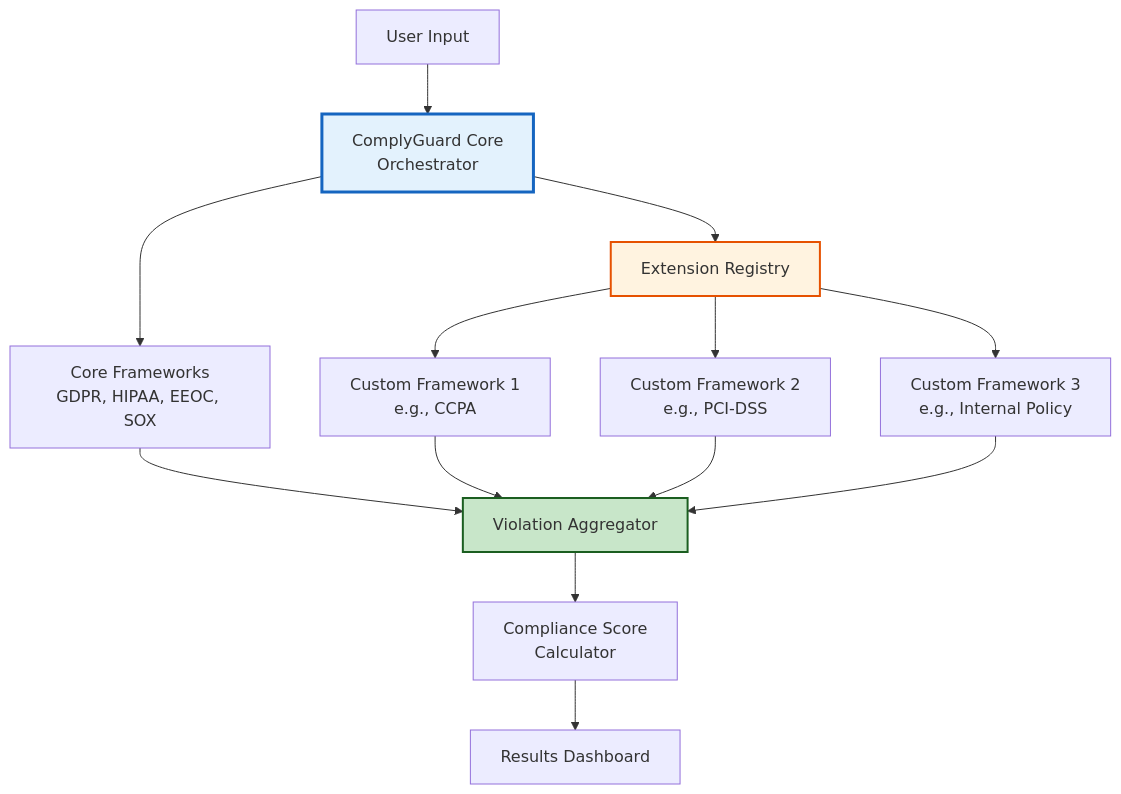
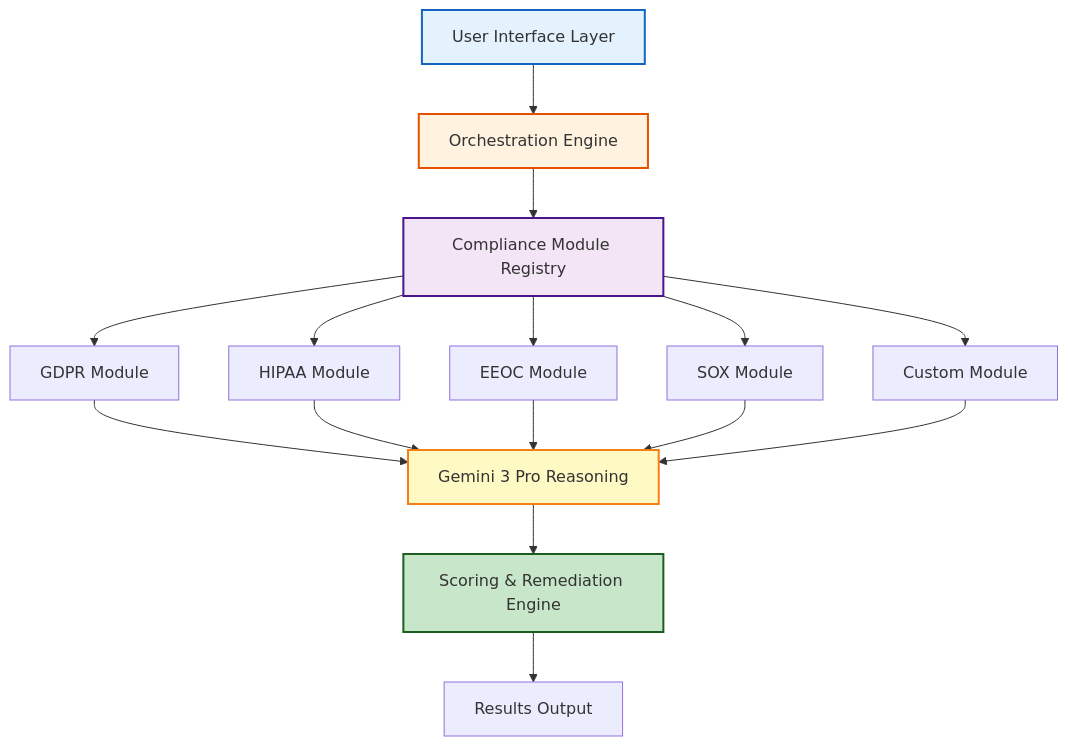
One commit to ArjunFrancis/ComplyGuard-AI changed the diagram in docs/extension-development-guide.md. Above: the diagram before and after it, drawn with Mermaid. The commit also changed other lines of this file, not shown here.

Commit message:
docs: Add extension development guide for contributors and coding agents

````diff
--- a/docs/extension-development-guide.md
+++ b/docs/extension-development-guide.md
@@ -29,21 +26,23 @@
 ```mermaid
 graph TB
-    A[User Input] --> B[ComplyGuard Core<br/>Orchestrator]
-    B --> C[Core Frameworks<br/>GDPR, HIPAA, EEOC, SOX]
-    B --> D[Extension Registry]
-    D --> E[Custom Framework 1<br/>e.g., CCPA]
-    D --> F[Custom Framework 2<br/>e.g., PCI-DSS]
-    D --> G[Custom Framework 3<br/>e.g., Internal Policy]
+    A[User Interface Layer] --> B[Orchestration Engine]
+    B --> C[Compliance Module Registry]
+    C --> D1[GDPR Module]
+    C --> D2[HIPAA Module]
+    C --> D3[EEOC Module]
+    C --> D4[SOX Module]
+    C --> D5[Custom Module]
+    D1 --> E[Gemini 3 Pro Reasoning]
+    D2 --> E
+    D3 --> E
+    D4 --> E
+    D5 --> E
+    E --> F[Scoring & Remediation Engine]
+    F --> G[Results Output]
     
-    C --> H[Violation Aggregator]
-    E --> H
-    F --> H
-    G --> H
-    
-    H --> I[Compliance Score<br/>Calculator]
-    I --> J[Results Dashboard]
-    
-    style B fill:#e3f2fd,stroke:#1565c0,stroke-width:3px
-    style D fill:#fff3e0,stroke:#e65100,stroke-width:2px
-    style H fill:#c8e6c9,stroke:#1b5e20,stroke-width:2px
+    style A fill:#e3f2fd,stroke:#1565c0,stroke-width:2px
+    style B fill:#fff3e0,stroke:#e65100,stroke-width:2px
+    style C fill:#f3e5f5,stroke:#4a148c,stroke-width:2px
+    style E fill:#fff9c4,stroke:#f57f17,stroke-width:2px
+    style F fill:#c8e6c9,stroke:#1b5e20,stroke-width:2px
 ```
````
